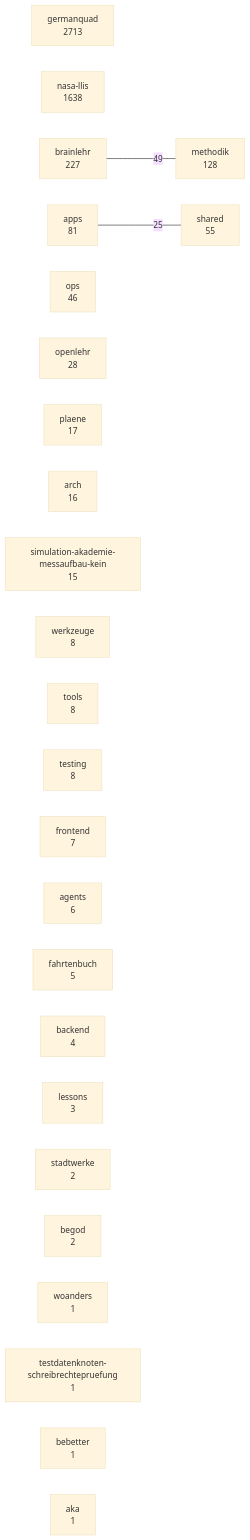
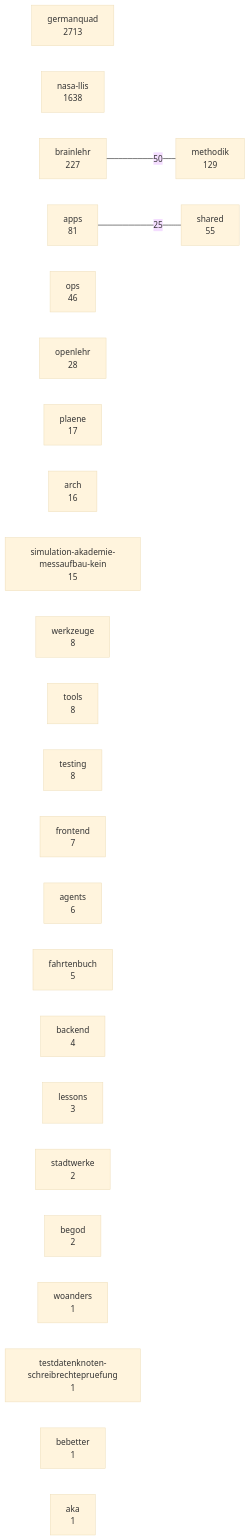
One commit to 3lehr/brainlehr changed the diagram in docs/karten/bestand.md. Above: the diagram before and after it, drawn with Mermaid (base theme). The commit also changed 1 other file, not shown here.

Commit message:
chore(karten): Codekarte nachgezogen -- neue Funktion im Melder
Erzeugt (melder/landkarten.py). Beleg: kartenstand.py war rot, jetzt gruen.

````diff
--- a/docs/karten/bestand.md
+++ b/docs/karten/bestand.md
@@ -5,30 +5,30 @@
 ```mermaid
 graph LR
   germanquad["germanquad<br/>2713"]
   nasa_llis["nasa-llis<br/>1638"]
   brainlehr["brainlehr<br/>227"]
-  methodik["methodik<br/>128"]
+  methodik["methodik<br/>129"]
   apps["apps<br/>81"]
   shared["shared<br/>55"]
   ops["ops<br/>46"]
   openlehr["openlehr<br/>28"]
   plaene["plaene<br/>17"]
   arch["arch<br/>16"]
   simulation_akademie_messaufbau_kein["simulation-akademie-messaufbau-kein<br/>15"]
   werkzeuge["werkzeuge<br/>8"]
   tools["tools<br/>8"]
   testing["testing<br/>8"]
   frontend["frontend<br/>7"]
   agents["agents<br/>6"]
   fahrtenbuch["fahrtenbuch<br/>5"]
   backend["backend<br/>4"]
   lessons["lessons<br/>3"]
   stadtwerke["stadtwerke<br/>2"]
   begod["begod<br/>2"]
   woanders["woanders<br/>1"]
   testdatenknoten_schreibrechtepruefung["testdatenknoten-schreibrechtepruefung<br/>1"]
   bebetter["bebetter<br/>1"]
   aka["aka<br/>1"]
-  brainlehr ---|49| methodik
+  brainlehr ---|50| methodik
   apps ---|25| shared
 ```
````
